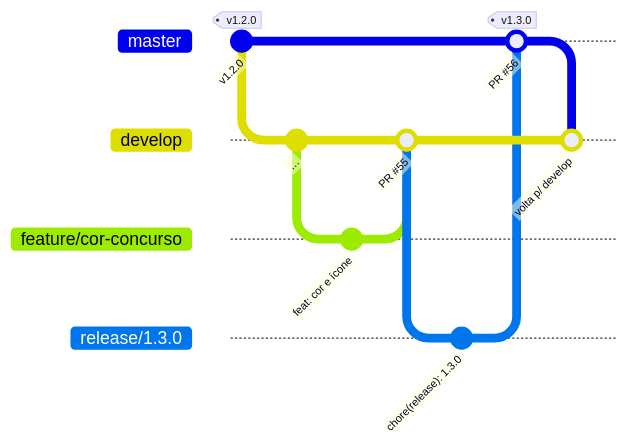
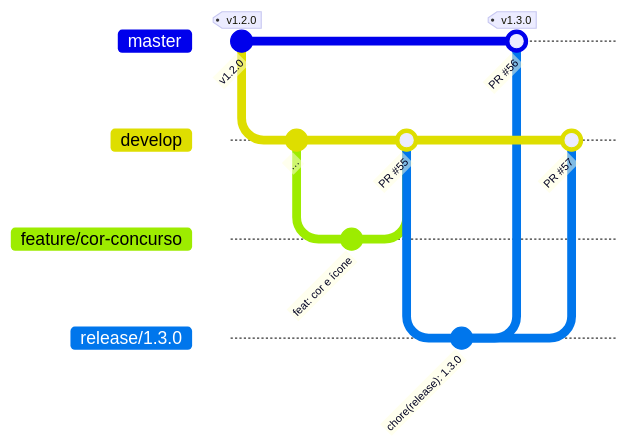
Diagram 22 of 24 in docs/GUIA-ARQUITETURA.md (rkenjiak/concurso), drawn with Mermaid before and after one commit. The commit also changed other lines of this file and 4 other files, not shown here.

````diff
--- a/docs/GUIA-ARQUITETURA.md
+++ b/docs/GUIA-ARQUITETURA.md
@@ -726,20 +739,20 @@
 ```mermaid
 %%{init: { "gitGraph": { "mainBranchName": "master" } } }%%
 gitGraph
   commit id: "v1.2.0" tag: "v1.2.0"
   branch develop
   checkout develop
   commit id: "…"
   branch feature/cor-concurso
   checkout feature/cor-concurso
   commit id: "feat: cor e ícone"
   checkout develop
   merge feature/cor-concurso id: "PR #55"
   branch release/1.3.0
   checkout release/1.3.0
   commit id: "chore(release): 1.3.0"
   checkout master
   merge release/1.3.0 id: "PR #56" tag: "v1.3.0"
   checkout develop
-  merge master id: "volta p/ develop"
+  merge release/1.3.0 id: "PR #57"
 ```
````
